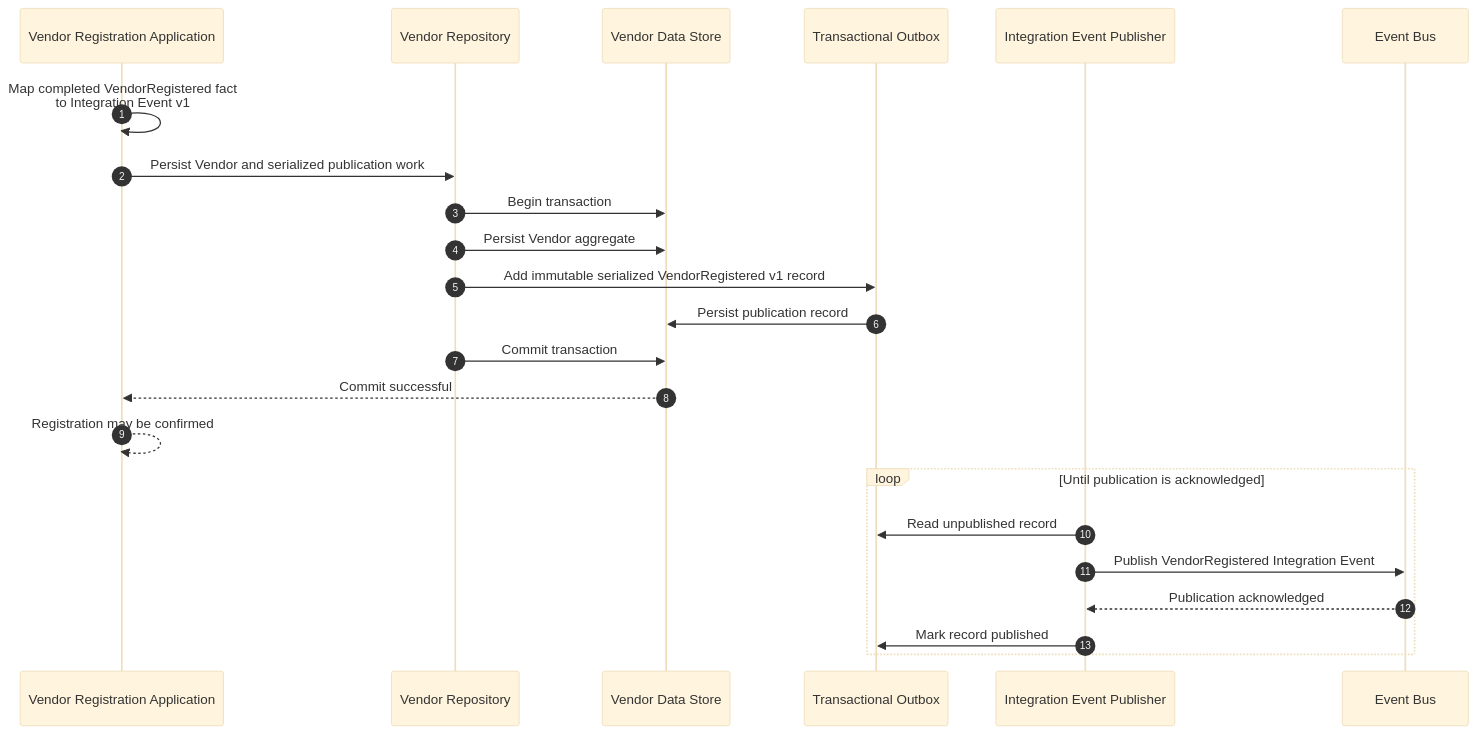
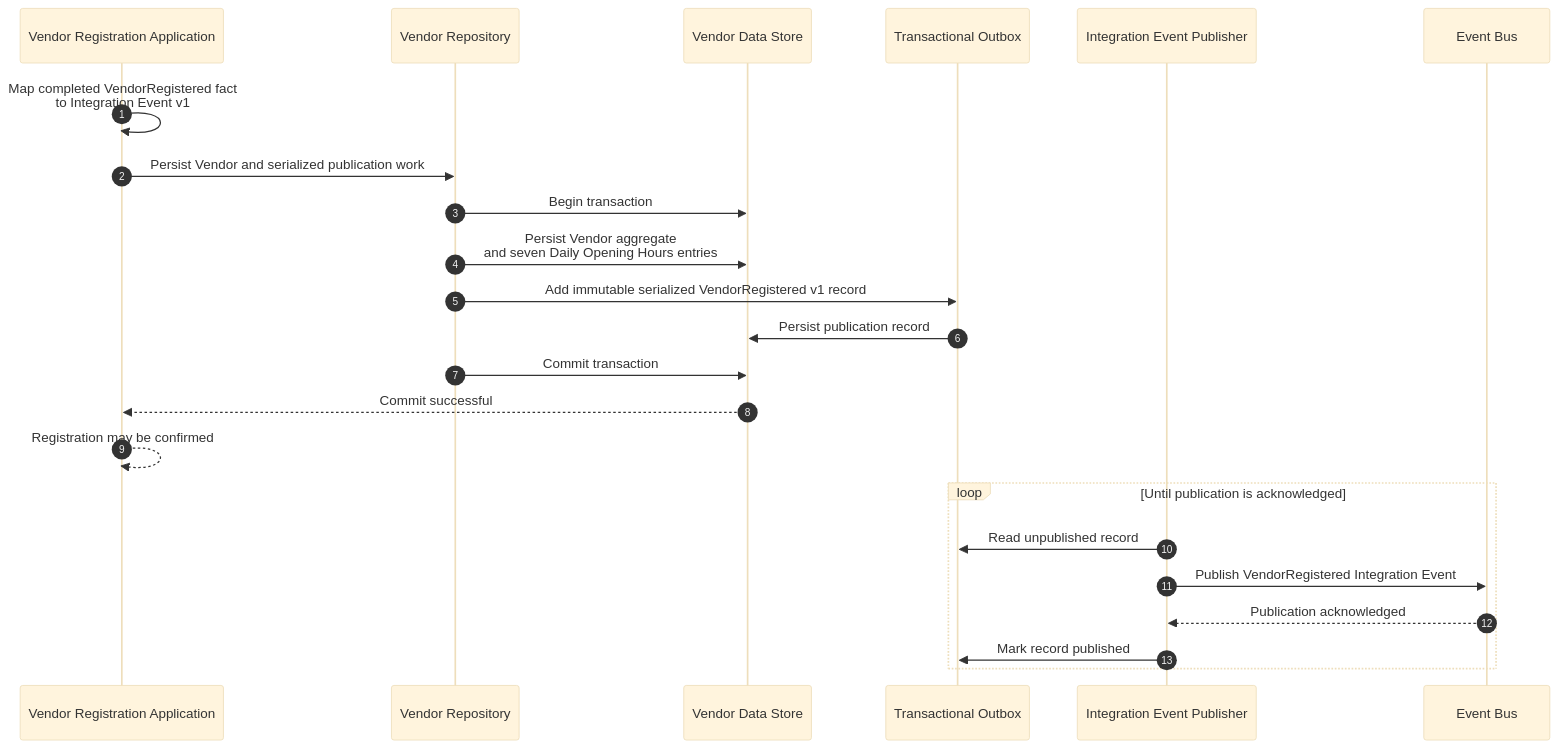
Before and after one commit to Joasties/HotJoes: the seventh of 12 diagrams in docs/architecture/HJ-105 - Vendor Registration Sequence Diagram.md, drawn with Mermaid (base theme). The commit also changed other lines of this file and 510 other files, not shown here.

````diff
--- a/docs/architecture/HJ-105 - Vendor Registration Sequence Diagram.md
+++ b/docs/architecture/HJ-105 - Vendor Registration Sequence Diagram.md
@@ -453,27 +508,27 @@
 ```mermaid
 sequenceDiagram
     autonumber
     participant Application as Vendor Registration Application
     participant Repository as Vendor Repository
     participant Store as Vendor Data Store
     participant Outbox as Transactional Outbox
     participant Publisher as Integration Event Publisher
     participant Bus as Event Bus
 
     Application->>Application: Map completed VendorRegistered fact<br/>to Integration Event v1
     Application->>Repository: Persist Vendor and serialized publication work
     Repository->>Store: Begin transaction
-    Repository->>Store: Persist Vendor aggregate
+    Repository->>Store: Persist Vendor aggregate<br/>and seven Daily Opening Hours entries
     Repository->>Outbox: Add immutable serialized VendorRegistered v1 record
     Outbox->>Store: Persist publication record
     Repository->>Store: Commit transaction
     Store-->>Application: Commit successful
     Application-->>Application: Registration may be confirmed
 
     loop Until publication is acknowledged
         Publisher->>Outbox: Read unpublished record
         Publisher->>Bus: Publish VendorRegistered Integration Event
         Bus-->>Publisher: Publication acknowledged
         Publisher->>Outbox: Mark record published
     end
 ```
````
